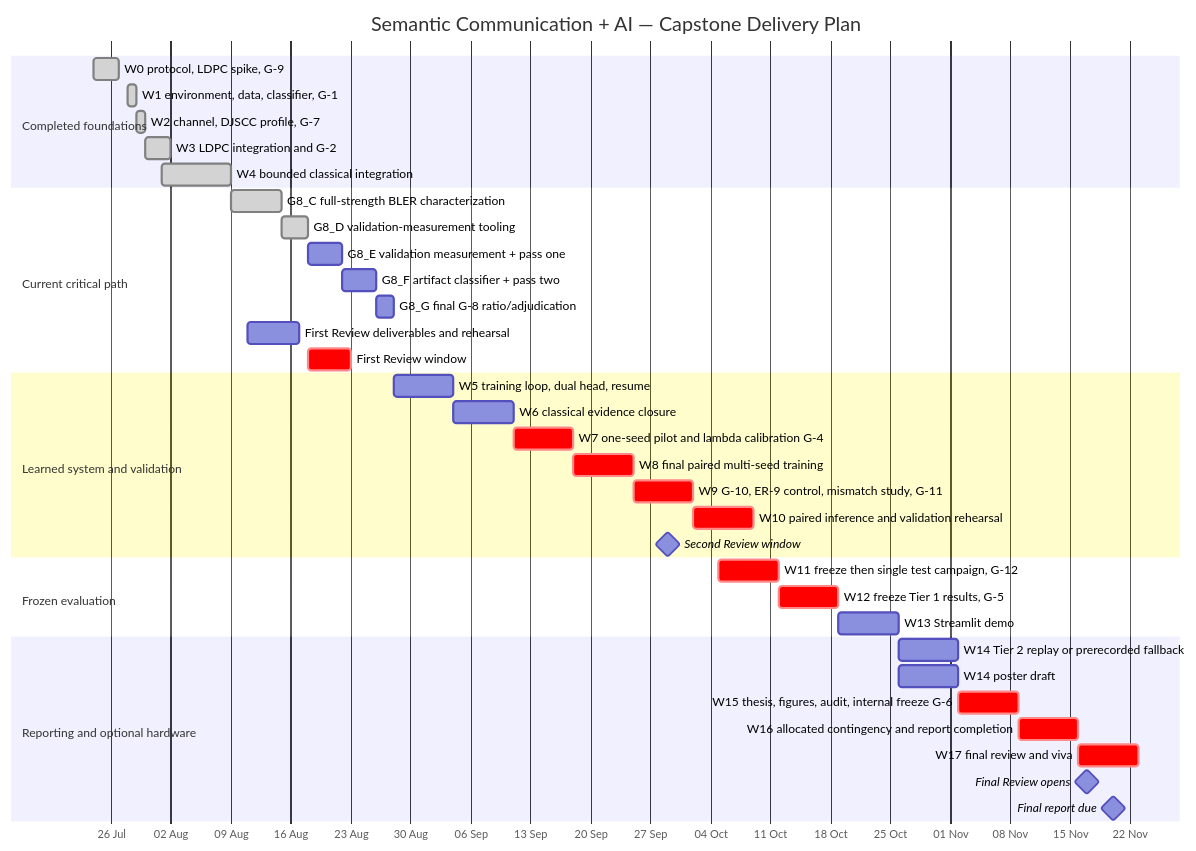
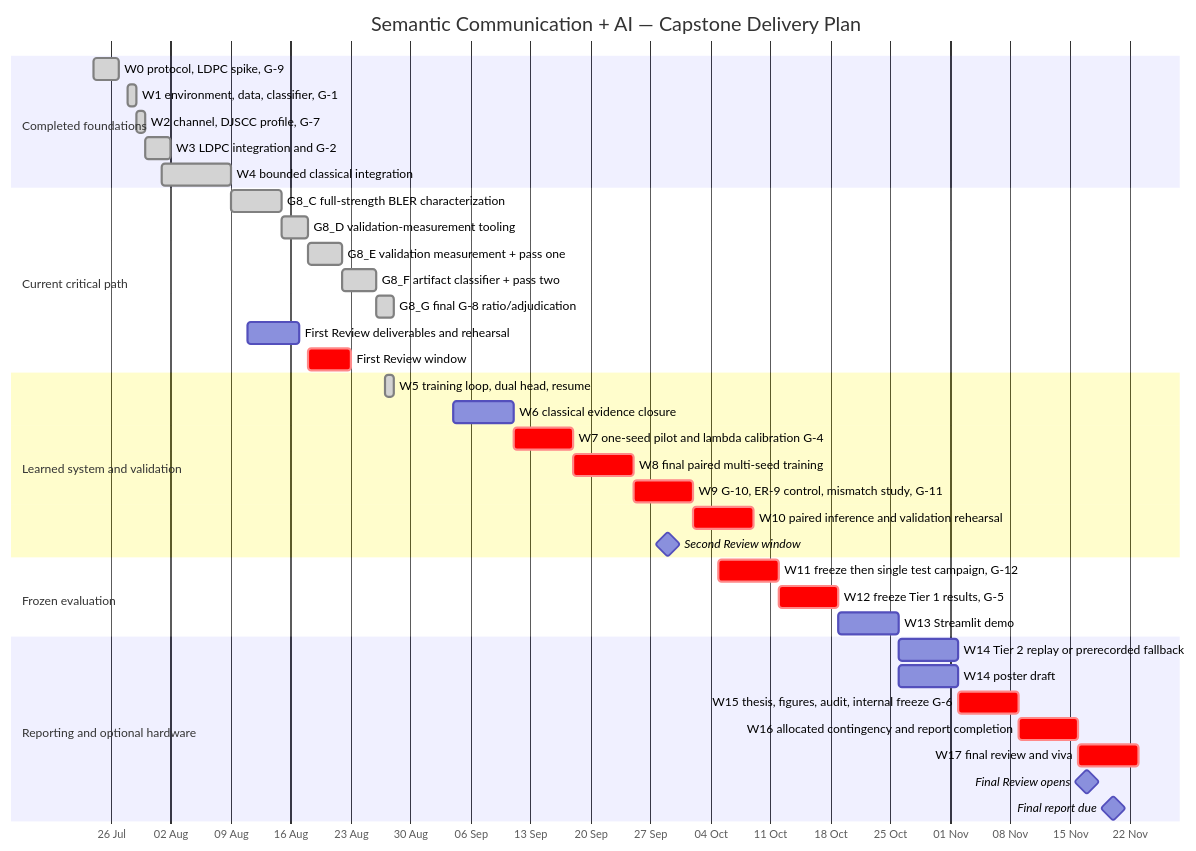
One commit to nxck2005/capstone changed the diagram in docs/gantt-plan.md. Above: the diagram before and after it, drawn with Mermaid. The commit also changed other lines of this file and 8 other files, not shown here.

````diff
--- a/docs/gantt-plan.md
+++ b/docs/gantt-plan.md
@@ -18,45 +19,45 @@
 ```mermaid
 gantt
     title Semantic Communication + AI — Capstone Delivery Plan
     dateFormat  YYYY-MM-DD
     axisFormat  %d %b
 
     section Completed foundations
     W0 protocol, LDPC spike, G-9                    :done, w0, 2026-07-24, 2026-07-27
     W1 environment, data, classifier, G-1           :done, w1, 2026-07-28, 2026-07-29
     W2 channel, DJSCC profile, G-7                  :done, w2, 2026-07-29, 2026-07-30
     W3 LDPC integration and G-2                     :done, w3, 2026-07-30, 2026-08-02
     W4 bounded classical integration                :done, w4, 2026-08-01, 2026-08-09
 
     section Current critical path
     G8_C full-strength BLER characterization        :done, g8c, 2026-08-09, 2026-08-15
     G8_D validation-measurement tooling             :done, g8d, after g8c, 3d
-    G8_E validation measurement + pass one          :g8e, 2026-08-18, 4d
-    G8_F artifact classifier + pass two             :g8f, 2026-08-22, 4d
-    G8_G final G-8 ratio/adjudication              :g8g, 2026-08-26, 2d
+    G8_E validation measurement + pass one          :done, g8e, 2026-08-18, 4d
+    G8_F artifact classifier + pass two             :done, g8f, 2026-08-22, 4d
+    G8_G final G-8 ratio/adjudication               :done, g8g, 2026-08-26, 2d
     First Review deliverables and rehearsal         :reviewdocs, 2026-08-11, 2026-08-17
     First Review window                             :crit, r1, 2026-08-18, 5d
 
     section Learned system and validation
-    W5 training loop, dual head, resume             :w5, 2026-08-28, 7d
+    W5 training loop, dual head, resume             :done, w5, 2026-08-27, 1d
     W6 classical evidence closure                   :w6, 2026-09-04, 7d
     W7 one-seed pilot and lambda calibration G-4    :crit, w7, 2026-09-11, 7d
     W8 final paired multi-seed training             :crit, w8, 2026-09-18, 7d
     W9 G-10, ER-9 control, mismatch study, G-11     :crit, w9, 2026-09-25, 7d
     W10 paired inference and validation rehearsal    :crit, w10, 2026-10-02, 7d
     Second Review window                            :milestone, r2, 2026-09-29, 0d
 
     section Frozen evaluation
     W11 freeze then single test campaign, G-12      :crit, w11, 2026-10-05, 7d
     W12 freeze Tier 1 results, G-5                  :crit, w12, 2026-10-12, 7d
     W13 Streamlit demo                              :w13, 2026-10-19, 7d
 
     section Reporting and optional hardware
     W14 Tier 2 replay or prerecorded fallback       :w14, 2026-10-26, 7d
     W14 poster draft                                :poster, 2026-10-26, 7d
     W15 thesis, figures, audit, internal freeze G-6 :crit, w15, 2026-11-02, 7d
     W16 allocated contingency and report completion :crit, w16, 2026-11-09, 7d
     W17 final review and viva                       :crit, w17, 2026-11-16, 7d
     Final Review opens                              :milestone, r3, 2026-11-17, 0d
     Final report due                                :milestone, report, 2026-11-20, 0d
 ```
````
